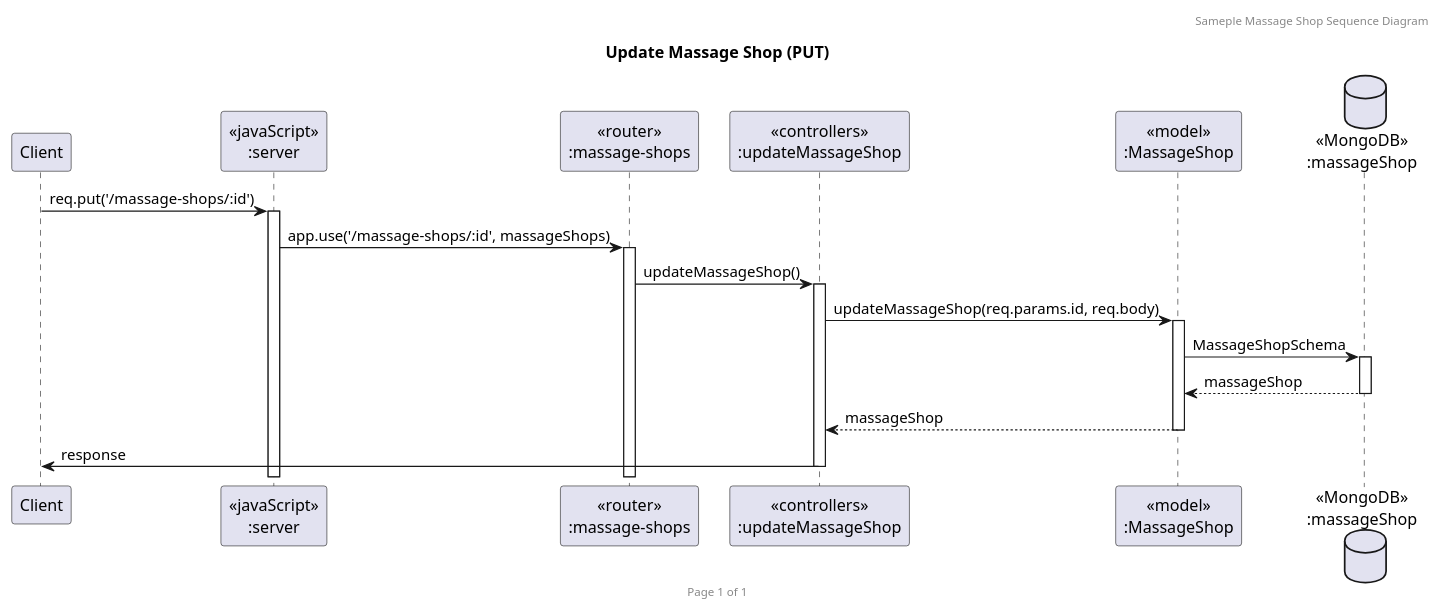
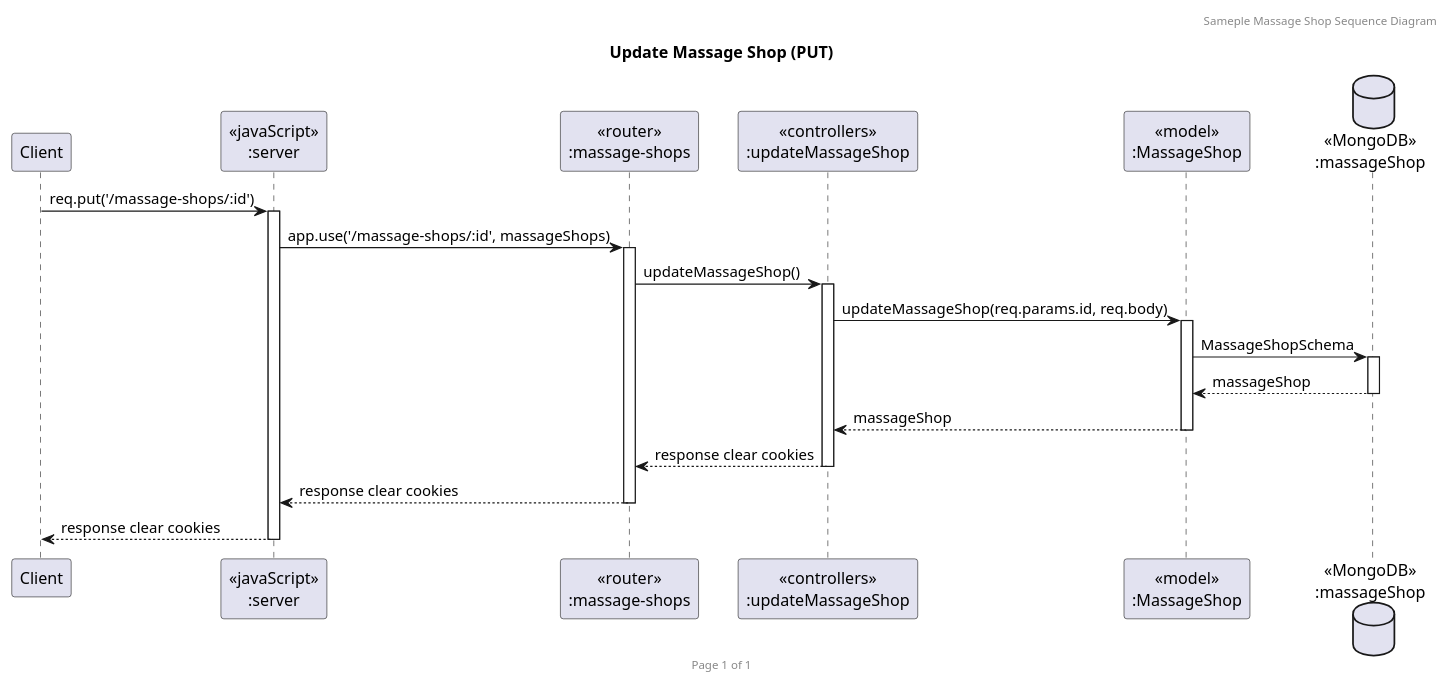
The diagram in MassageSequence_update_massage_shop.puml (BabeTanya/massage-catherine), drawn with PlantUML before and after one commit. The commit also changed 6 other files, not shown here.

Commit message:
Revise sequence diagram massage shop

```diff
--- a/MassageSequence_update_massage_shop.puml
+++ b/MassageSequence_update_massage_shop.puml
@@ -1,23 +1,25 @@
 @startuml Update Massage Shop (PUT)
 
 header Sameple Massage Shop Sequence Diagram
 footer Page %page% of %lastpage%
 title "Update Massage Shop (PUT)"
 
 participant "Client" as client
 participant "<<javaScript>>\n:server" as server
 participant "<<router>>\n:massage-shops" as routerMassageShop
 participant "<<controllers>>\n:updateMassageShop" as controllersUpdateMassageShop
 participant "<<model>>\n:MassageShop" as modelMassageShop
 database "<<MongoDB>>\n:massageShop" as MassageShopDatabase
 
 client->server ++:req.put('/massage-shops/:id')
 server->routerMassageShop ++:app.use('/massage-shops/:id', massageShops)
 routerMassageShop -> controllersUpdateMassageShop ++:updateMassageShop()
 controllersUpdateMassageShop->modelMassageShop ++:updateMassageShop(req.params.id, req.body)
 modelMassageShop ->MassageShopDatabase ++: MassageShopSchema
 MassageShopDatabase --> modelMassageShop --: massageShop
 controllersUpdateMassageShop <-- modelMassageShop --:massageShop
-controllersUpdateMassageShop->client --:response
+routerMassageShop <-- controllersUpdateMassageShop --:response clear cookies
+server <-- routerMassageShop --:response clear cookies
+client <-- server --:response clear cookies
 
 @enduml
```
